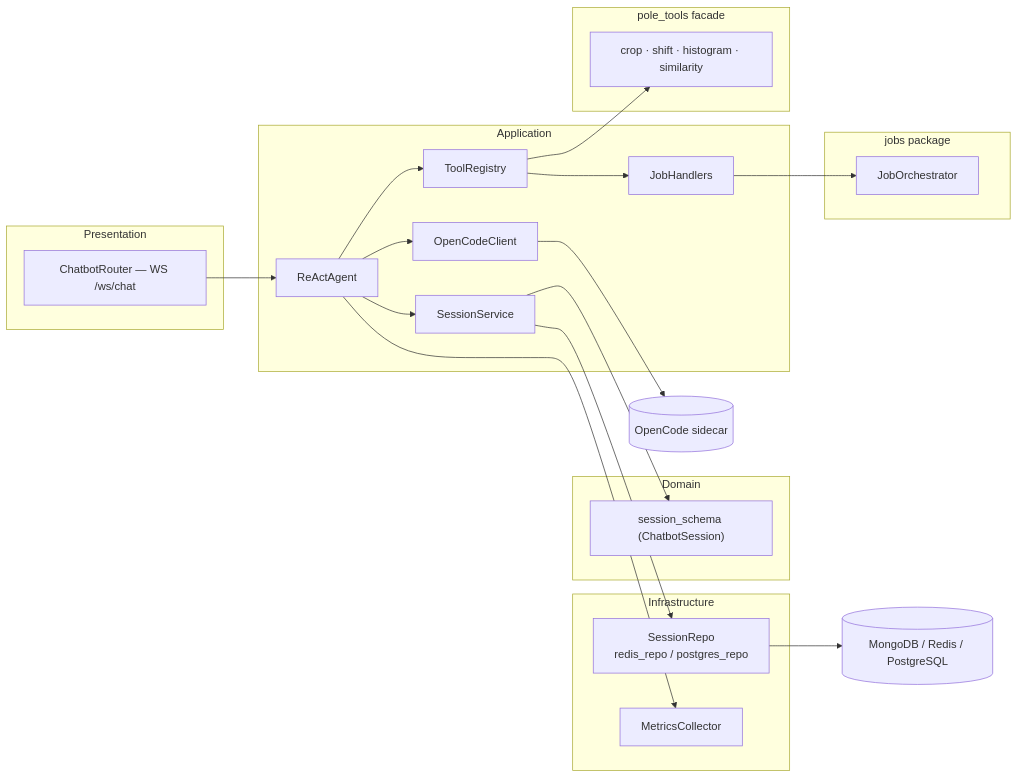
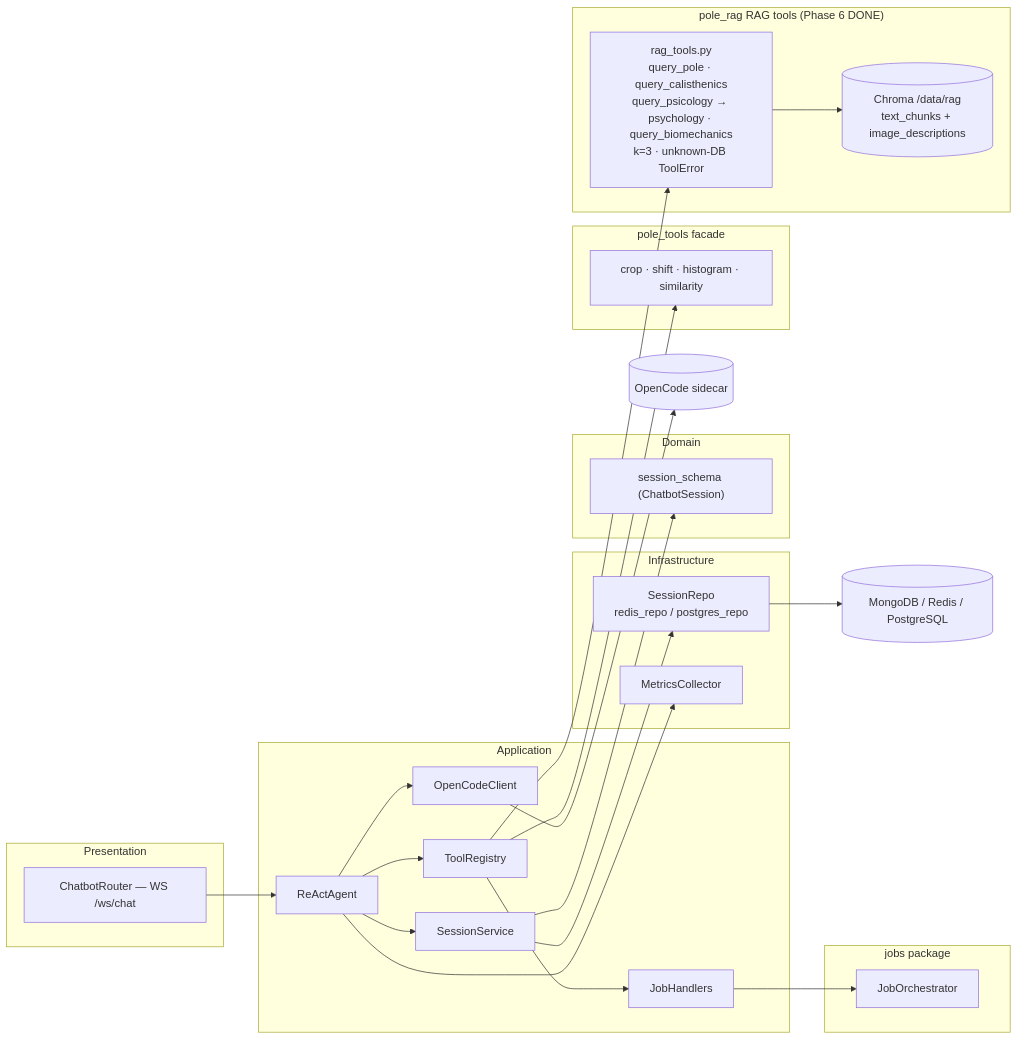
Before and after one commit to fpalero/pole-ai-ml-docs: the first of 2 diagrams in diagrams/chatbot/FLOW.md, drawn with Mermaid. The commit also changed other lines of this file and 7 other files, not shown here.

First line of the commit message:
docs(rag+infra): regenerate DEVELOPEMENT + ARCHITECTURE + FLOW/CLASSES for Phase 6 DONE, 026 PAT+belt, 027 sha-tag E2E (#17)

````diff
--- a/diagrams/chatbot/FLOW.md
+++ b/diagrams/chatbot/FLOW.md
@@ -10,47 +10,54 @@
 ```mermaid
 flowchart LR
     subgraph PRES["Presentation"]
         WS["ChatbotRouter — WS /ws/chat"]
     end
 
     subgraph APP["Application"]
         AG["ReActAgent"]
         TR["ToolRegistry"]
         JH["JobHandlers"]
         LLM["OpenCodeClient"]
         SS["SessionService"]
     end
 
     subgraph DOM["Domain"]
         SC["session_schema (ChatbotSession)"]
     end
 
     subgraph INFRA["Infrastructure"]
         SR["SessionRepo<br/>redis_repo / postgres_repo"]
         MC["MetricsCollector"]
     end
 
     subgraph TOOLS["pole_tools facade"]
         FC["crop · shift · histogram · similarity"]
     end
 
+    subgraph RAG["pole_rag RAG tools (Phase 6 DONE)"]
+        RT["rag_tools.py<br/>query_pole · query_calisthenics<br/>query_psicology → psychology · query_biomechanics<br/>k=3 · unknown-DB ToolError"]
+        RS[("Chroma /data/rag<br/>text_chunks + image_descriptions")]
+    end
+
     subgraph JOB["jobs package"]
         ORC["JobOrchestrator"]
     end
 
     OC[("OpenCode sidecar")]
     DB[("MongoDB / Redis / PostgreSQL")]
 
     WS --> AG
     AG --> TR
     AG --> SS
     SS --> SC
     SS --> SR
     SR --> DB
     TR --> FC
+    TR --> RT
+    RT --> RS
     TR --> JH
     JH --> ORC
     AG --> LLM
     LLM --> OC
     AG --> MC
 ```
````
